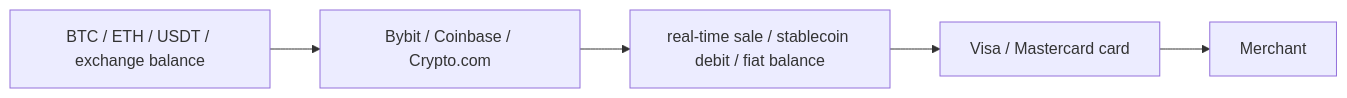
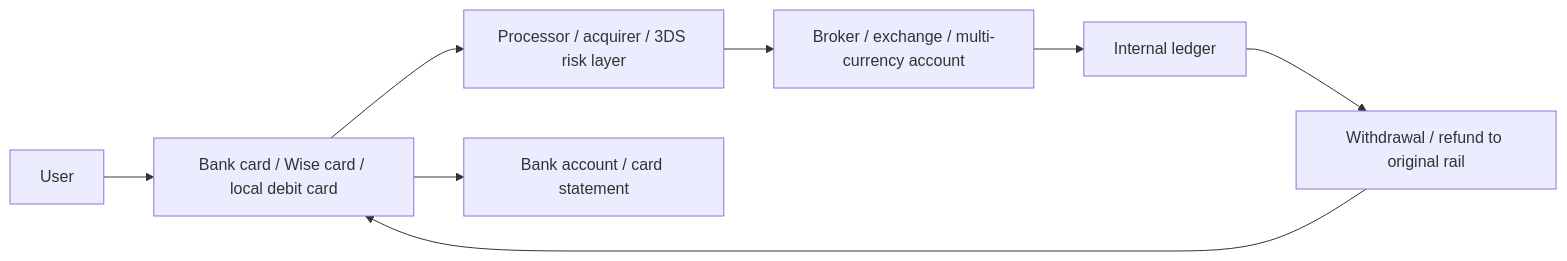
The diagram in en/04-relationships/08-wise-card-payment-card-stack.md (StrangeXin/trading-platforms-atlas), drawn with Mermaid before and after one commit. The commit also changed other lines of this file and 7 other files, not shown here.

````diff
--- a/en/04-relationships/08-wise-card-payment-card-stack.md
+++ b/en/04-relationships/08-wise-card-payment-card-stack.md
@@ -212,13 +61,18 @@
 ```mermaid
 flowchart LR
-  CRYPTO[BTC / ETH / USDT / exchange balance]
-  EX[Bybit / Coinbase / Crypto.com]
-  CONVERT[real-time sale / stablecoin debit / fiat balance]
-  CARD[Visa / Mastercard card]
-  MERCHANT[Merchant]
+  USER[User]
+  CARD[Bank card / Wise card / local debit card]
+  PSP[Processor / acquirer / 3DS risk layer]
+  PLATFORM[Broker / exchange / multi-currency account]
+  LEDGER[Internal ledger]
+  BANK[Bank account / card statement]
+  WITHDRAW[Withdrawal / refund to original rail]
 
-  CRYPTO --> EX
-  EX --> CONVERT
-  CONVERT --> CARD
-  CARD --> MERCHANT
+  USER --> CARD
+  CARD --> PSP
+  PSP --> PLATFORM
+  PLATFORM --> LEDGER
+  LEDGER --> WITHDRAW
+  WITHDRAW --> CARD
+  CARD --> BANK
 ```
````
